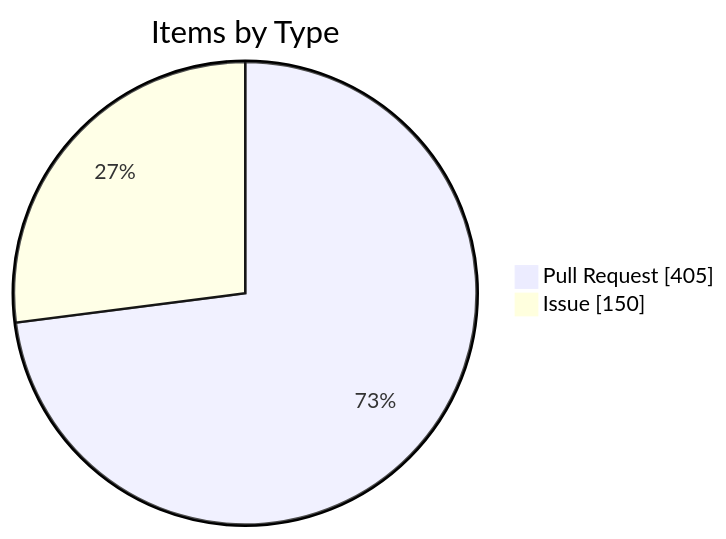
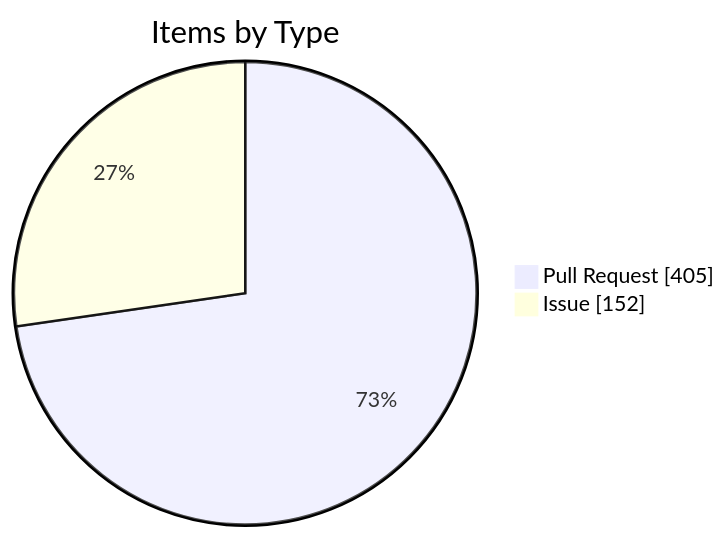
Before and after one commit to KBVE/kbve: the fourth of 4 diagrams in apps/kbve/astro-kbve/src/content/docs/dashboard/kanban-data.mdx, drawn with Mermaid. The commit also changed other lines of this file and 8 other files, not shown here.

````diff
--- a/apps/kbve/astro-kbve/src/content/docs/dashboard/kanban-data.mdx
+++ b/apps/kbve/astro-kbve/src/content/docs/dashboard/kanban-data.mdx
@@ -116,6 +116,6 @@
 ```mermaid
 pie showData
     title Items by Type
     "Pull Request" : 405
-    "Issue" : 150
+    "Issue" : 152
 ```
````
